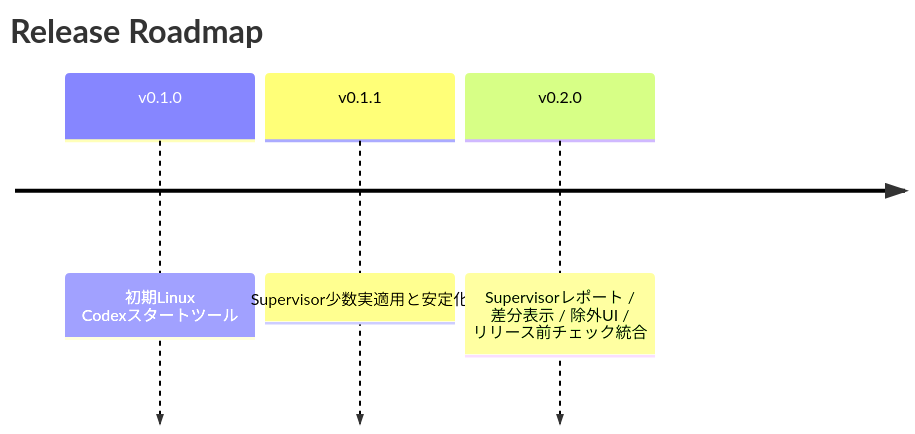
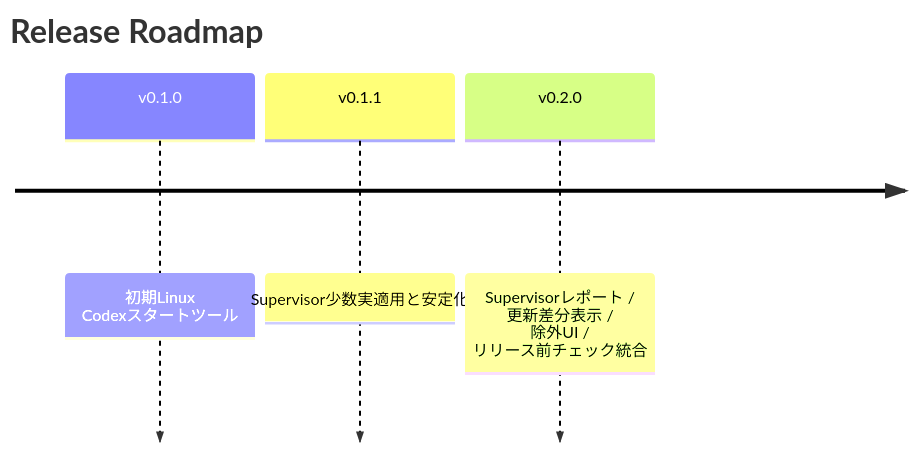
One commit to Kensan196948G/Codex-StartUpTools-New-Linux changed the seventh of 9 diagrams in README.md. Above: the diagram before and after it, drawn with Mermaid. The commit also changed other lines of this file and 4 other files, not shown here.

````diff
--- a/README.md
+++ b/README.md
@@ -186,7 +210,7 @@
 ```mermaid
 timeline
     title Release Roadmap
     v0.1.0 : 初期Linux Codexスタートツール
     v0.1.1 : Supervisor少数実適用と安定化
-    v0.2.0 : Supervisorレポート / 差分表示 / 除外UI / リリース前チェック統合
+    v0.2.0 : Supervisorレポート / 更新差分表示 / 除外UI / リリース前チェック統合
 ```
````
